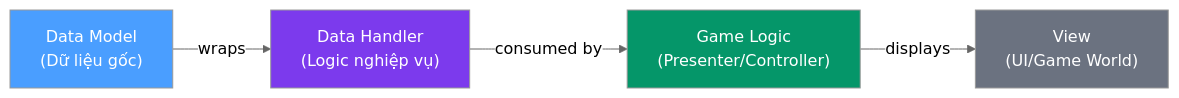
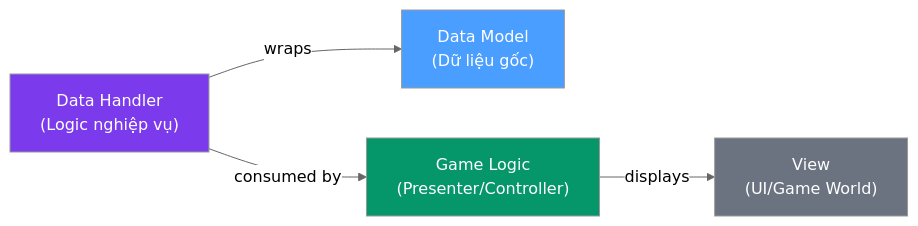
One commit to hnb-rabear/hnb-rabear.github.io changed the second of 3 diagrams in data_management_in_unity/index.md. Above: the diagram before and after it, drawn with Mermaid (neutral theme). The commit also changed other lines of this file and 4 other files, not shown here.

````diff
--- a/data_management_in_unity/index.md
+++ b/data_management_in_unity/index.md
@@ -79,11 +79,11 @@
 ```mermaid
 graph LR
-    A["Data Model<br/>(Dữ liệu gốc)"] -->|wraps| B["Data Handler<br/>(Logic nghiệp vụ)"]
-    B -->|consumed by| C["Game Logic<br/>(Presenter/Controller)"]
+    A["Data Handler<br/>(Logic nghiệp vụ)"] -->|wraps| B["Data Model<br/>(Dữ liệu gốc)"]
+    A -->|consumed by| C["Game Logic<br/>(Presenter/Controller)"]
     C -->|displays| D["View<br/>(UI/Game World)"]
 
-    style A fill:#4a9eff,color:#fff
-    style B fill:#7c3aed,color:#fff
+    style A fill:#7c3aed,color:#fff
+    style B fill:#4a9eff,color:#fff
     style C fill:#059669,color:#fff
     style D fill:#6b7280,color:#fff
 ```
````
